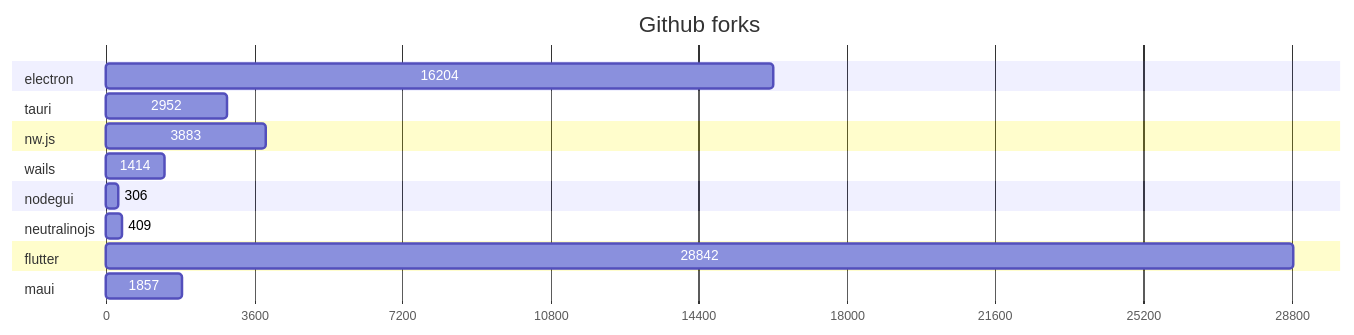
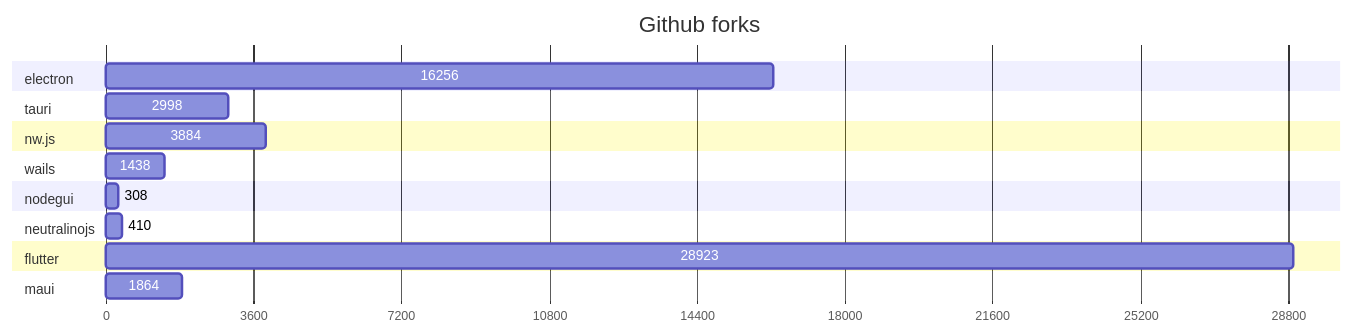
The second of 2 diagrams in GRAPHS.md (Elanis/web-to-desktop-framework-comparison), drawn with Mermaid before and after one commit. The commit also changed other lines of this file and 2 other files, not shown here.

Commit message:
Update stars & Fork

````diff
--- a/GRAPHS.md
+++ b/GRAPHS.md
@@ -47,40 +47,40 @@
 ```mermaid
 gantt
     title Github forks
     dateFormat  X
     axisFormat %s
 
 
 	section electron
-	16204 : 0, 16204
+	16256 : 0, 16256
 
 	
 	section tauri
-	2952 : 0, 2952
+	2998 : 0, 2998
 
 	
 	section nw.js
-	3883 : 0, 3883
+	3884 : 0, 3884
 
 	
 	section wails
-	1414 : 0, 1414
+	1438 : 0, 1438
 
 	
 	section nodegui
-	306 : 0, 306
+	308 : 0, 308
 
 	
 	section neutralinojs
-	409 : 0, 409
+	410 : 0, 410
 
 	
 	section flutter
-	28842 : 0, 28842
+	28923 : 0, 28923
 
 	
 	section maui
-	1857 : 0, 1857
+	1864 : 0, 1864
 
 	
 ```
````
